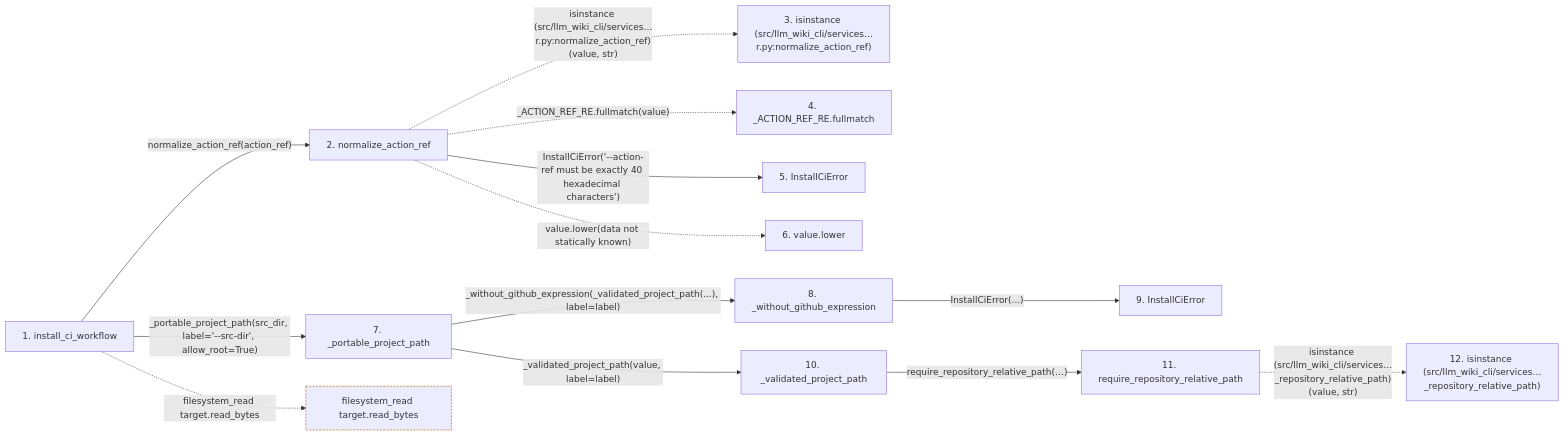
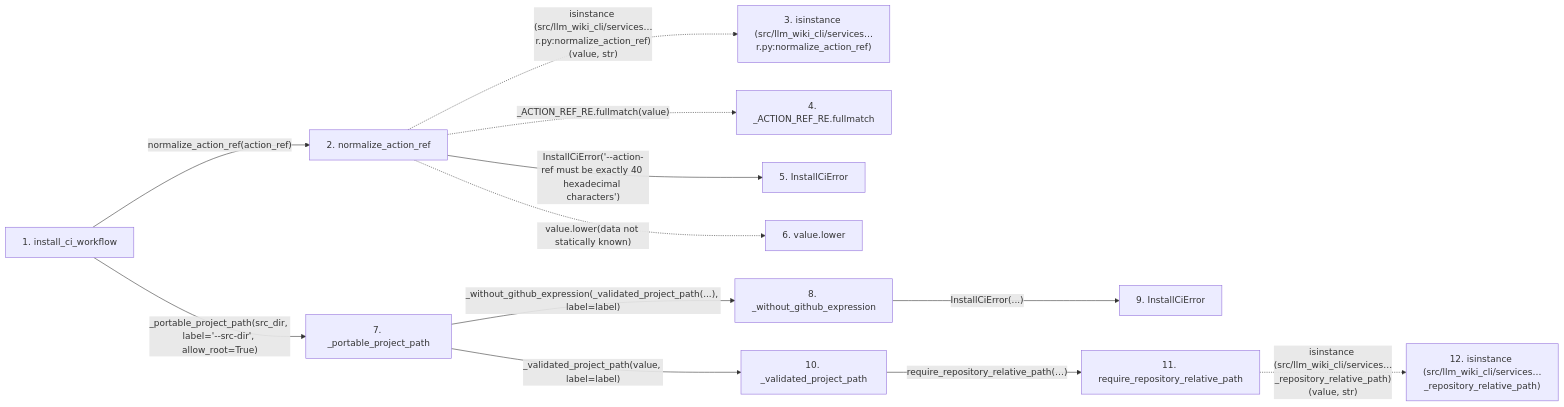
The second of 2 diagrams in docs/llm_wiki/flows/api-install_ci_workflow.md (Denissvgn/python-wiki-llm), drawn with Mermaid before and after one commit. The commit also changed other lines of this file and 369 other files, not shown here.

````diff
--- a/docs/llm_wiki/flows/api-install_ci_workflow.md
+++ b/docs/llm_wiki/flows/api-install_ci_workflow.md
@@ -149,38 +149,34 @@
 ```mermaid
 flowchart LR
     s1["1. install_ci_workflow"]
     s2["2. normalize_action_ref"]
     s3["3. isinstance (src/llm_wiki_cli/services…r.py:normalize_action_ref)"]
     s4["4. _ACTION_REF_RE.fullmatch"]
     s5["5. InstallCiError"]
     s6["6. value.lower"]
     s7["7. _portable_project_path"]
     s8["8. _without_github_expression"]
     s9["9. InstallCiError"]
     s10["10. _validated_project_path"]
     s11["11. require_repository_relative_path"]
     s12["12. isinstance (src/llm_wiki_cli/services…_repository_relative_path)"]
     s1 -->|"normalize_action_ref(action_ref)"| s2
     s2 -. "isinstance (src/llm_wiki_cli/services…r.py:normalize_action_ref)(value, str)" .-> s3
     s2 -. "_ACTION_REF_RE.fullmatch(value)" .-> s4
     s2 -->|"InstallCiError('--action-ref must be exactly 40 hexadecimal characters')"| s5
     s2 -. "value.lower(data not statically known)" .-> s6
     s1 -->|"_portable_project_path(src_dir, label='--src-dir', allow_root=True)"| s7
     s7 -->|"_without_github_expression(_validated_project_path(...), label=label)"| s8
     s8 -->|"InstallCiError(...)"| s9
     s7 -->|"_validated_project_path(value, label=label)"| s10
     s10 -->|"require_repository_relative_path(…)"| s11
     s11 -. "isinstance (src/llm_wiki_cli/services…_repository_relative_path)(value, str)" .-> s12
-    b0["filesystem_read target.read_bytes"]
-    s1 -. "filesystem_read target.read_bytes" .-> b0
     click s1 "../modules/ci_installer.md"
     click s2 "../modules/ci_installer.md"
     click s5 "../modules/ci_installer.md"
     click s7 "../modules/ci_installer.md"
     click s8 "../modules/ci_installer.md"
     click s9 "../modules/ci_installer.md"
     click s10 "../modules/ci_installer.md"
     click s11 "../modules/validation.md"
-    classDef boundary stroke:#b45309,stroke-dasharray: 4 2
-    class b0 boundary
 ```
````
